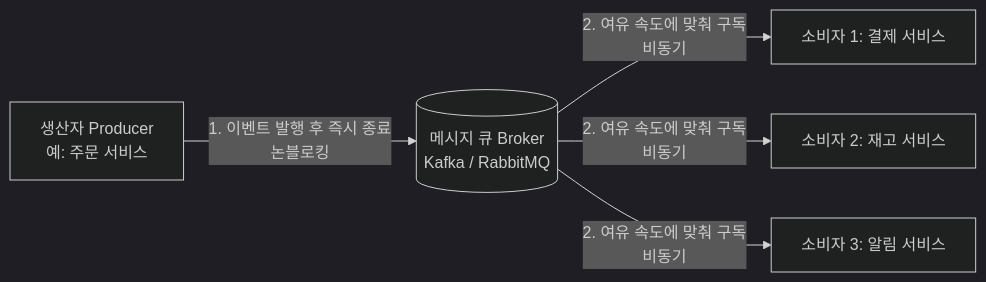
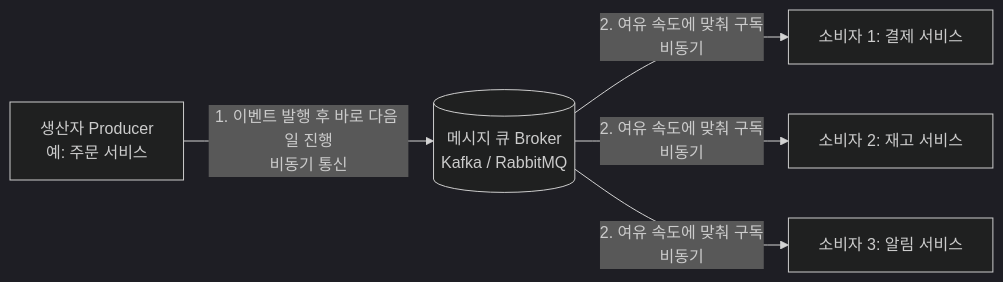
The third of 8 diagrams in MicroService Spring Java/02.비동기·논블로킹 아키텍처와 Project Reactor (Mono  Flux) 완벽 가이드.md (k82022603/sw-architecture-notes), drawn with Mermaid (dark theme) before and after one commit. The commit also changed other lines of this file, not shown here.

````diff
--- a/MicroService Spring Java/02.비동기·논블로킹 아키텍처와 Project Reactor (Mono  Flux) 완벽 가이드.md
+++ b/MicroService Spring Java/02.비동기·논블로킹 아키텍처와 Project Reactor (Mono  Flux) 완벽 가이드.md
@@ -73,7 +146,7 @@
 ```mermaid
 flowchart LR
-    P[생산자 Producer<br>예: 주문 서비스] -->|1. 이벤트 발행 후 즉시 종료<br>논블로킹| MQ[(메시지 큐 Broker<br>Kafka / RabbitMQ)]
+    P[생산자 Producer<br>예: 주문 서비스] -->|1. 이벤트 발행 후 바로 다음 일 진행<br>비동기 통신| MQ[(메시지 큐 Broker<br>Kafka / RabbitMQ)]
     MQ -->|2. 여유 속도에 맞춰 구독<br>비동기| C1[소비자 1: 결제 서비스]
     MQ -->|2. 여유 속도에 맞춰 구독<br>비동기| C2[소비자 2: 재고 서비스]
     MQ -->|2. 여유 속도에 맞춰 구독<br>비동기| C3[소비자 3: 알림 서비스]
 ```
````
